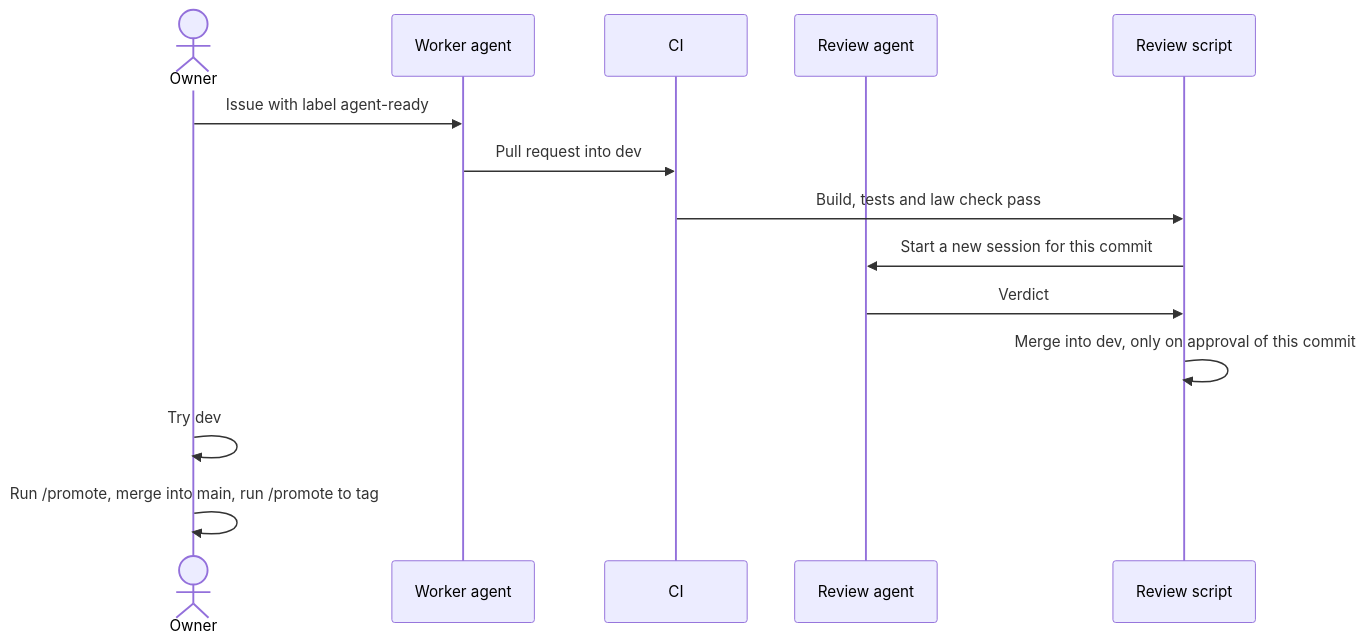
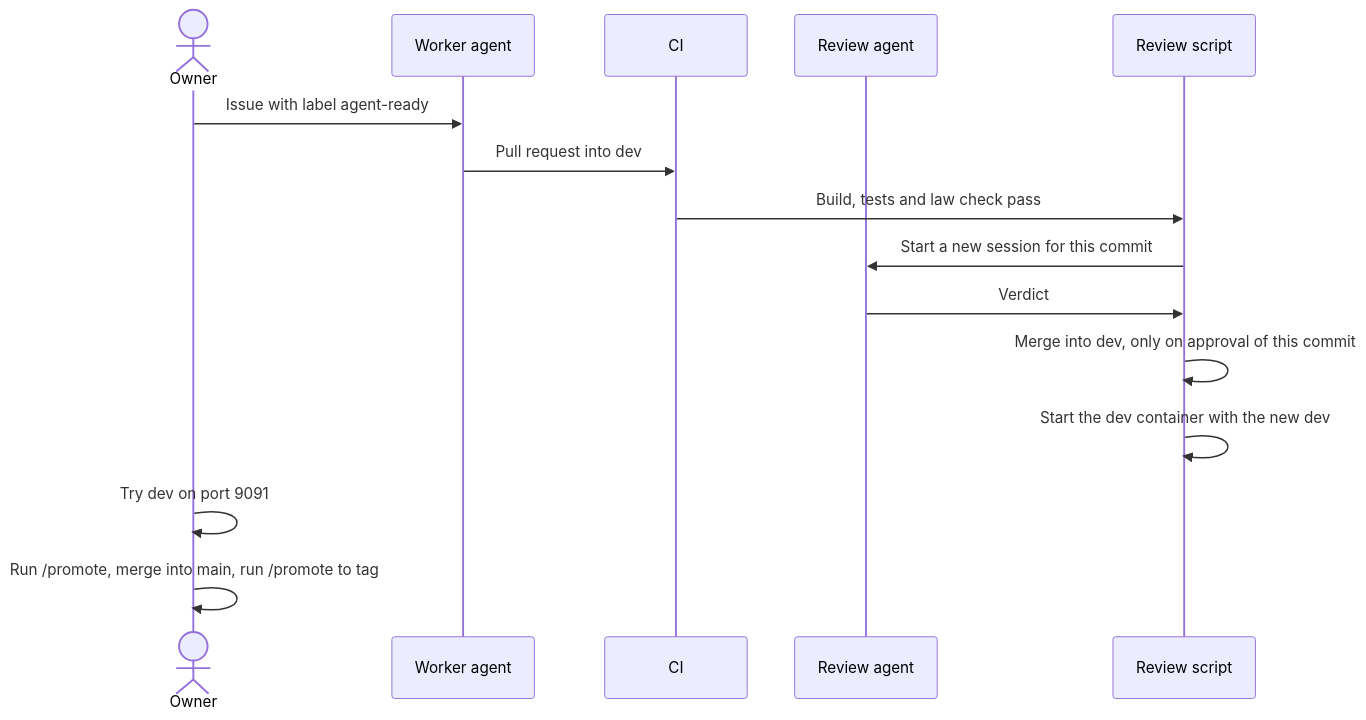
The second of 3 diagrams in docs/agentic-workflow.md (colla69/makeMyTaxes), drawn with Mermaid before and after one commit. The commit also changed other lines of this file and 1 other file, not shown here.

First line of the commit message:
docs: describe the dev container, owner comments and new UI features

````diff
--- a/docs/agentic-workflow.md
+++ b/docs/agentic-workflow.md
@@ -49,16 +59,17 @@
 ```mermaid
 sequenceDiagram
     actor Owner
     participant Worker as Worker agent
     participant CI
     participant Review as Review agent
     participant Script as Review script
     Owner->>Worker: Issue with label agent-ready
     Worker->>CI: Pull request into dev
     CI->>Script: Build, tests and law check pass
     Script->>Review: Start a new session for this commit
     Review->>Script: Verdict
     Script->>Script: Merge into dev, only on approval of this commit
-    Owner->>Owner: Try dev
+    Script->>Script: Start the dev container with the new dev
+    Owner->>Owner: Try dev on port 9091
     Owner->>Owner: Run /promote, merge into main, run /promote to tag
 ```
````
